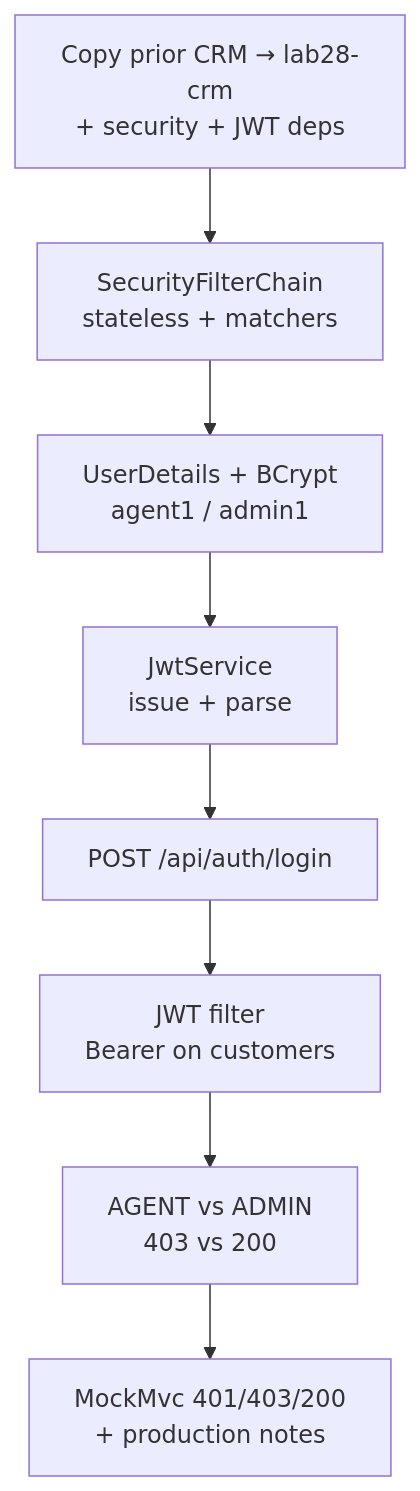
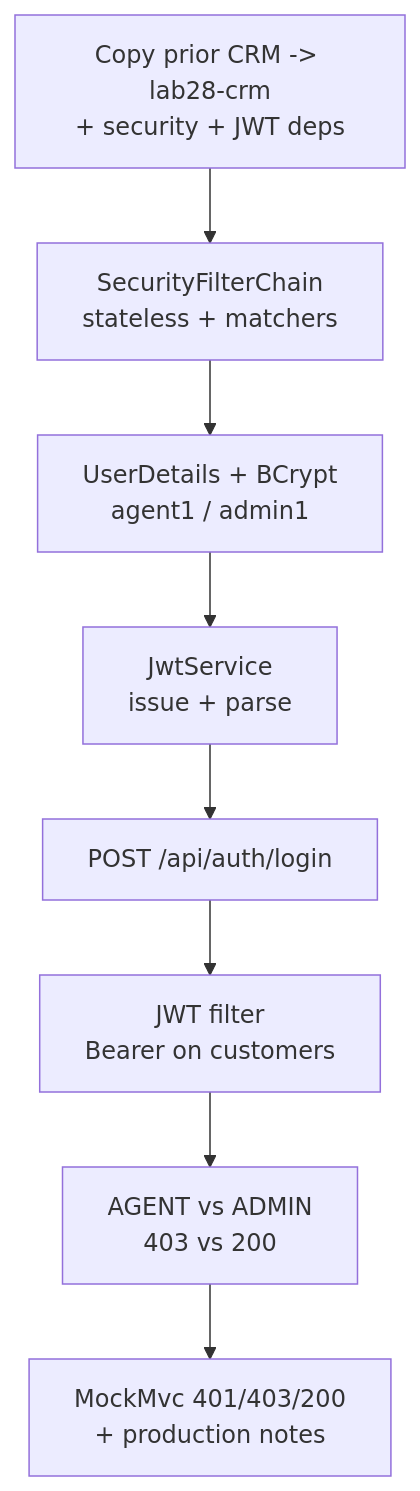
One commit to pupilliluke/bc-sw-engineer-java-participant changed the second of 2 diagrams in labs/Week 3 - Spring Framework and Enterprise Patterns/module-28/lab28/LAB-28-GUIDE.md. Above: the diagram before and after it, drawn with Mermaid. The commit also changed 55 other files, not shown here.

Commit message:
Stop publishing local screenshots; harden Mermaid for GitHub; sync only tracked lab files.

````diff
--- a/labs/Week 3 - Spring Framework and Enterprise Patterns/module-28/lab28/LAB-28-GUIDE.md
+++ b/labs/Week 3 - Spring Framework and Enterprise Patterns/module-28/lab28/LAB-28-GUIDE.md
@@ -95,10 +95,10 @@
 ```mermaid
 flowchart TD
-    A["Copy prior CRM → lab28-crm<br/>+ security + JWT deps"] --> B["SecurityFilterChain<br/>stateless + matchers"]
+    A["Copy prior CRM -> lab28-crm<br/>+ security + JWT deps"] --> B["SecurityFilterChain<br/>stateless + matchers"]
     B --> C["UserDetails + BCrypt<br/>agent1 / admin1"]
     C --> D["JwtService<br/>issue + parse"]
     D --> E["POST /api/auth/login"]
     E --> F["JWT filter<br/>Bearer on customers"]
     F --> G["AGENT vs ADMIN<br/>403 vs 200"]
     G --> H["MockMvc 401/403/200<br/>+ production notes"]
 ```
````
